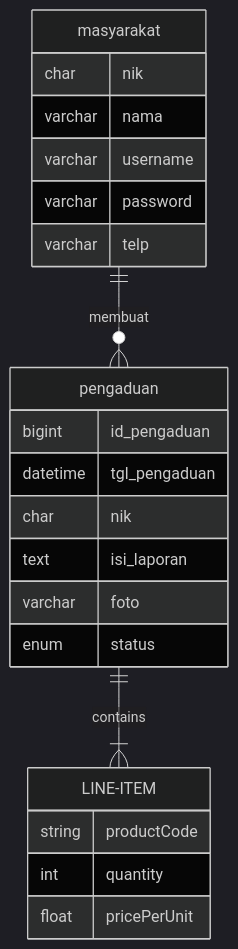
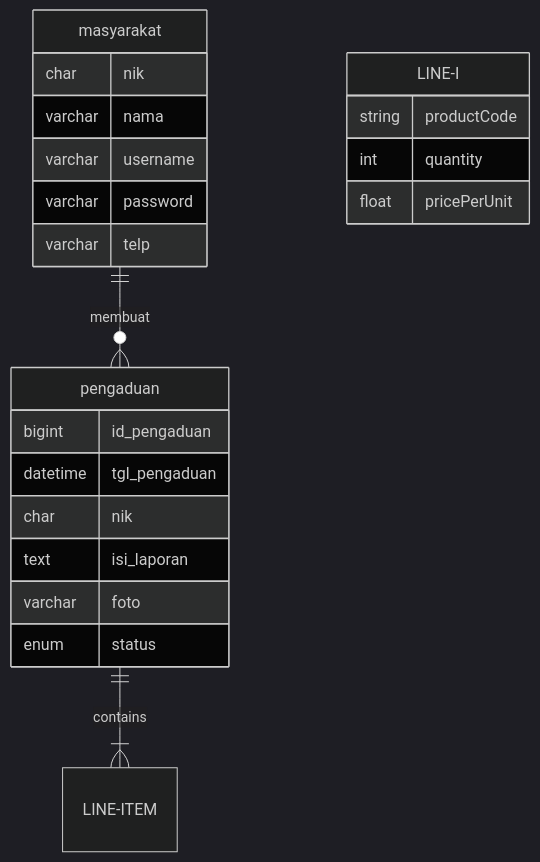
Before and after one commit to fauzanzianulhaq/pengenalan-informatika: the diagram in job_interview.md, drawn with Mermaid (dark theme).

````diff
--- a/job_interview.md
+++ b/job_interview.md
@@ -15,25 +15,25 @@
 ```mermaid
 erDiagram
     masyarakat ||--o{ pengaduan : membuat
     masyarakat {
         char nik
         varchar nama
         varchar username
         varchar password
         varchar telp
     }
     pengaduan ||--|{ LINE-ITEM : contains
     pengaduan {
         bigint id_pengaduan
         datetime tgl_pengaduan
         char nik
         text isi_laporan
         varchar foto
         enum status
     }
-    LINE-ITEM {
+    LINE-I {
         string productCode
         int quantity
         float pricePerUnit
     }
 ```
````
